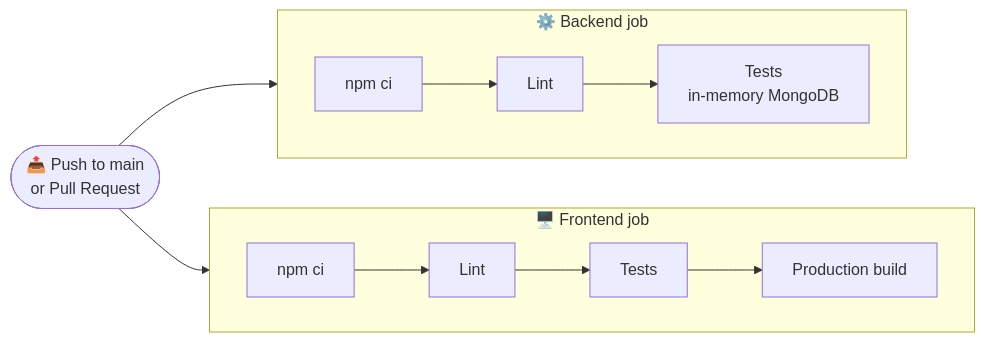
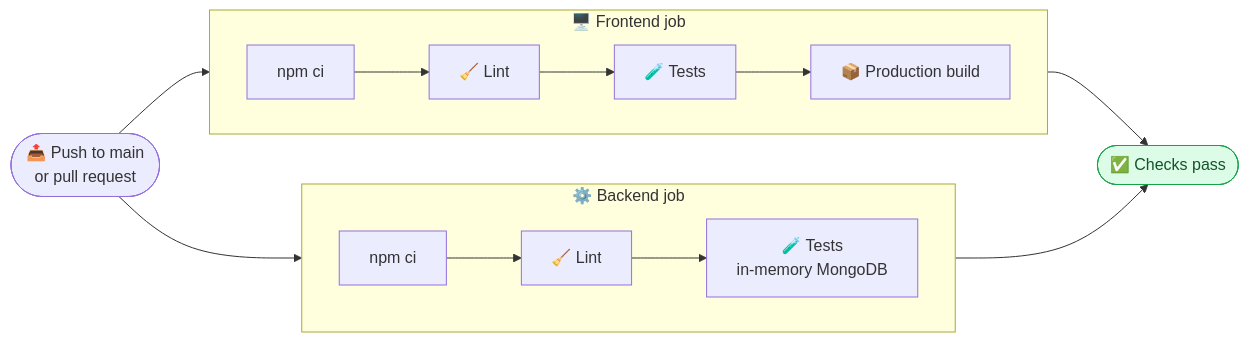
One commit to anurag-joshi-1403/Social_Sync_Webapp changed diagram 12 of 12 in README.md. Above: the diagram before and after it, drawn with Mermaid. The commit also changed other lines of this file, not shown here.

````diff
--- a/README.md
+++ b/README.md
@@ -416,13 +786,17 @@
 ```mermaid
 flowchart LR
+    P(["📤 Push to main<br/>or pull request"]) --> B & F
     subgraph B["⚙️ Backend job"]
         direction LR
-        b1["npm ci"] --> b2["Lint"] --> b3["Tests<br/>in-memory MongoDB"]
+        b1["npm ci"] --> b2["🧹 Lint"] --> b3["🧪 Tests<br/>in-memory MongoDB"]
     end
     subgraph F["🖥️ Frontend job"]
         direction LR
-        f1["npm ci"] --> f2["Lint"] --> f3["Tests"] --> f4["Production build"]
+        f1["npm ci"] --> f2["🧹 Lint"] --> f3["🧪 Tests"] --> f4["📦 Production build"]
     end
-    P(["📤 Push to main<br/>or Pull Request"]) --> B
-    P --> F
+    b3 --> OK(["✅ Checks pass"])
+    f4 --> OK
+
+    classDef ok fill:#DCFCE7,stroke:#16A34A,color:#14532D
+    class OK ok
 ```
````
